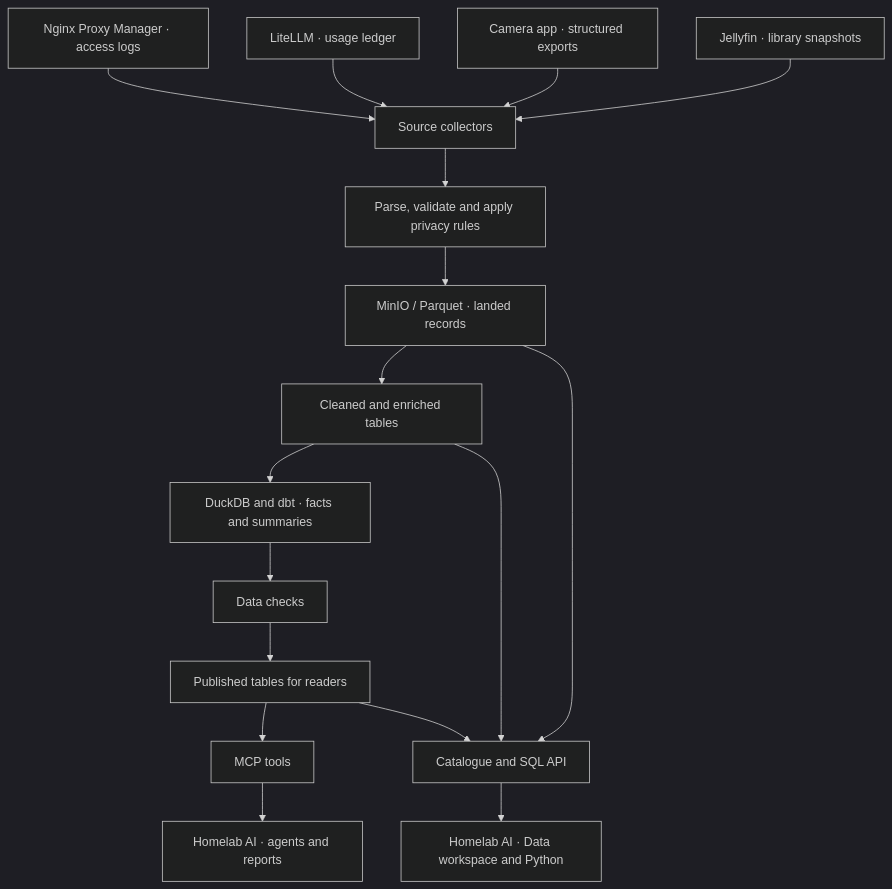
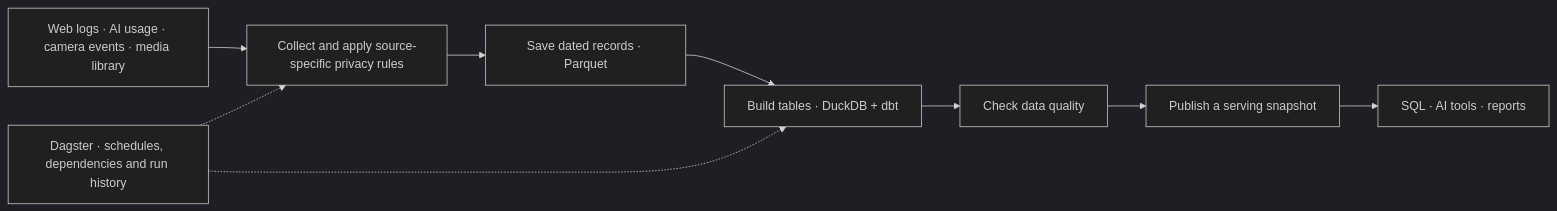
The first of 2 diagrams in README.md (Franciskid/homelab-datalake), drawn with Mermaid (dark theme) before and after one commit. The commit also changed other lines of this file and 13 other files, not shown here.

````diff
--- a/README.md
+++ b/README.md
@@ -30,19 +45,11 @@
 ```mermaid
-flowchart TD
-    NPM["Nginx Proxy Manager · access logs"] --> Collect["Source collectors"]
-    LLM["LiteLLM · usage ledger"] --> Collect
-    Camera["Camera app · structured exports"] --> Collect
-    Jellyfin["Jellyfin · library snapshots"] --> Collect
-    Collect --> Privacy["Parse, validate and apply privacy rules"]
-    Privacy --> Raw["MinIO / Parquet · landed records"]
-    Raw --> Curated["Cleaned and enriched tables"]
-    Curated --> Warehouse["DuckDB and dbt · facts and summaries"]
-    Warehouse --> Checks["Data checks"]
-    Checks --> Serving["Published tables for readers"]
-    Serving --> MCP["MCP tools"]
-    Raw --> API["Catalogue and SQL API"]
-    Curated --> API
-    Serving --> API
-    MCP --> AI["Homelab AI · agents and reports"]
-    API --> Data["Homelab AI · Data workspace and Python"]
+flowchart LR
+    Sources["Web logs · AI usage · camera events · media library"] --> Collect["Collect and apply source-specific privacy rules"]
+    Collect --> Store["Save dated records · Parquet"]
+    Store --> Build["Build tables · DuckDB + dbt"]
+    Build --> Check["Check data quality"]
+    Check --> Publish["Publish a serving snapshot"]
+    Publish --> Answers["SQL · AI tools · reports"]
+    Dagster["Dagster · schedules, dependencies and run history"] -.-> Collect
+    Dagster -.-> Build
 ```
````
